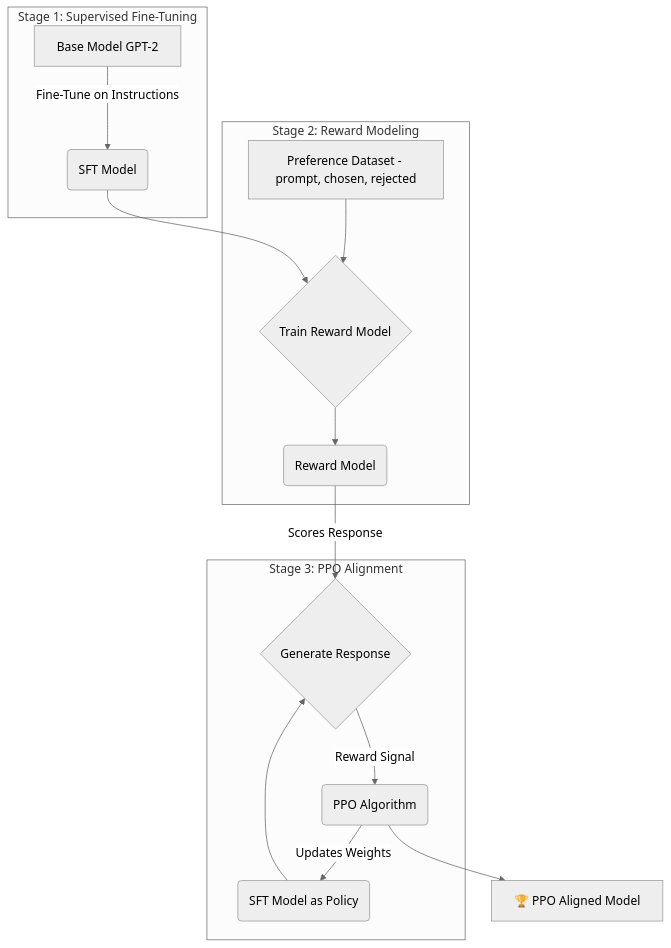
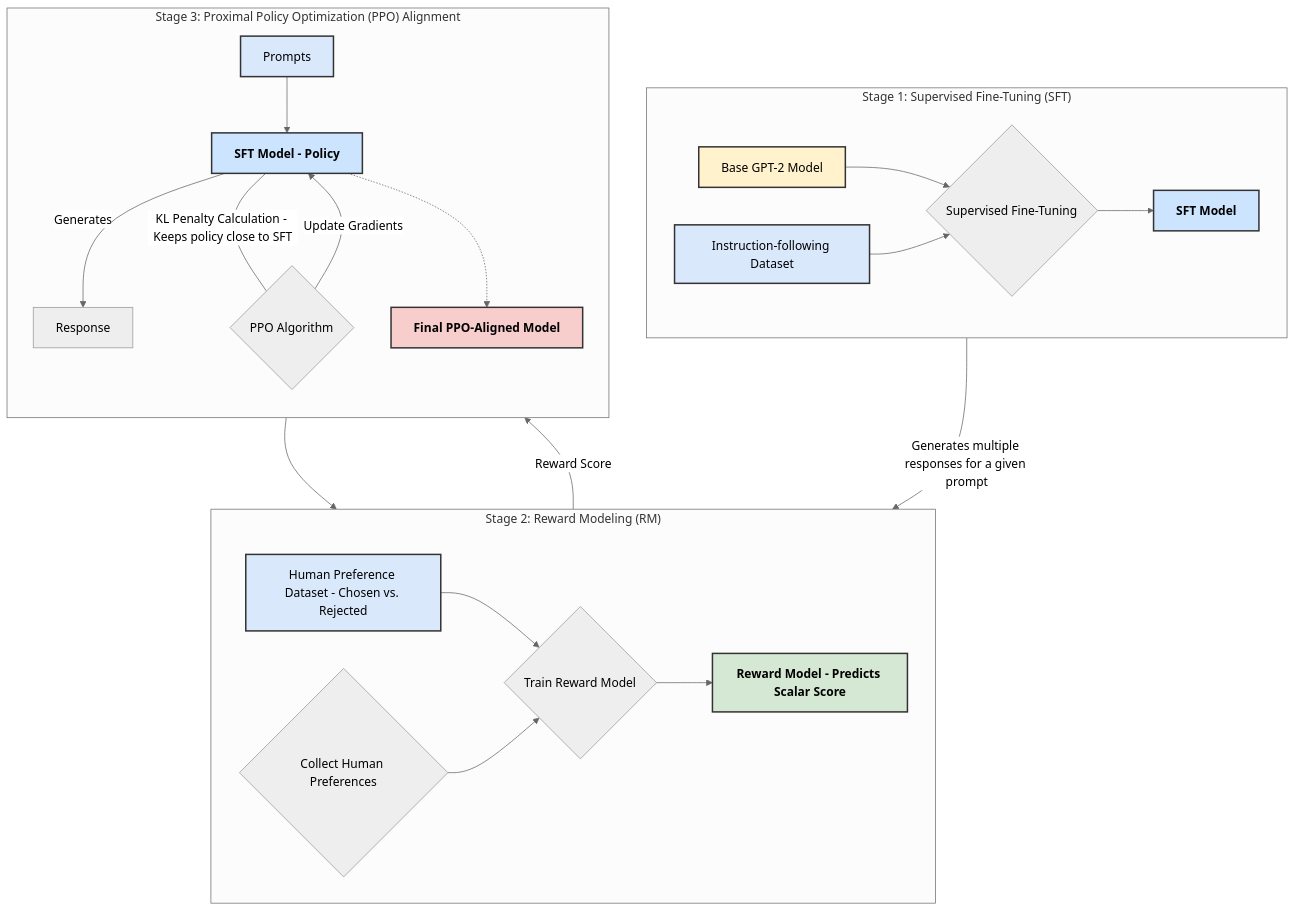
Before and after one commit to nabeelshan78/ppo: the diagram in README.md, drawn with Mermaid (neutral theme).

Commit message:
Update mermaid diagram for RLHF pipeline stages

````diff
--- a/README.md
+++ b/README.md
@@ -104,21 +104,39 @@
 ```mermaid
-graph TD
-    subgraph Stage 1: Supervised Fine-Tuning
-        A[Base Model GPT-2] -->|Fine-Tune on Instructions| B(SFT Model)
+graph TD;
+    subgraph "Stage 1: Supervised Fine-Tuning (SFT)"
+        direction LR
+        A[Base GPT-2 Model] --> C{Supervised Fine-Tuning};
+        B[Instruction-following Dataset] --> C;
+        C --> D[SFT Model];
     end
 
-    subgraph Stage 2: Reward Modeling
-        C[Preference Dataset - prompt, chosen, rejected] --> D{Train Reward Model}
-        B --> D
-        D --> E(Reward Model)
+    subgraph "Stage 2: Reward Modeling (RM)"
+        direction LR
+        D -- "Generates multiple responses for a given prompt" --> E{Collect Human Preferences};
+        F[Human Preference Dataset - Chosen vs. Rejected] --> G{Train Reward Model};
+        E --> G;
+        G --> H[Reward Model - Predicts Scalar Score];
     end
 
-    subgraph Stage 3: PPO Alignment
-        F(SFT Model as Policy) --> G{Generate Response}
-        E -- Scores Response --> G
-        G -- Reward Signal --> H(PPO Algorithm)
-        H -- Updates Weights --> F
+    subgraph "Stage 3: Proximal Policy Optimization (PPO) Alignment"
+        direction TB
+        I[Prompts] --> J[SFT Model - Policy];
+        J -- Generates --> K[Response];
+        K --> H;
+        H -- "Reward Score" --> L{PPO Algorithm};
+        J -- "KL Penalty Calculation - Keeps policy close to SFT" --- L;
+        L -- "Update Gradients" --> J;
+        J -.-> M[Final PPO-Aligned Model];
     end
 
-    H --> I[🏆 PPO Aligned Model]
+    %% Styling
+    style A fill:#fff2cc,stroke:#333,stroke-width:2px
+    style B fill:#dae8fc,stroke:#333,stroke-width:2px
+    style F fill:#dae8fc,stroke:#333,stroke-width:2px
+    style I fill:#dae8fc,stroke:#333,stroke-width:2px
+    
+    style D fill:#cde4ff,stroke:#333,stroke-width:2px,font-weight:bold
+    style H fill:#d5e8d4,stroke:#333,stroke-width:2px,font-weight:bold
+    style J fill:#cde4ff,stroke:#333,stroke-width:2px,font-weight:bold
+    style M fill:#f8cecc,stroke:#333,stroke-width:2px,font-weight:bold
 ```
````
